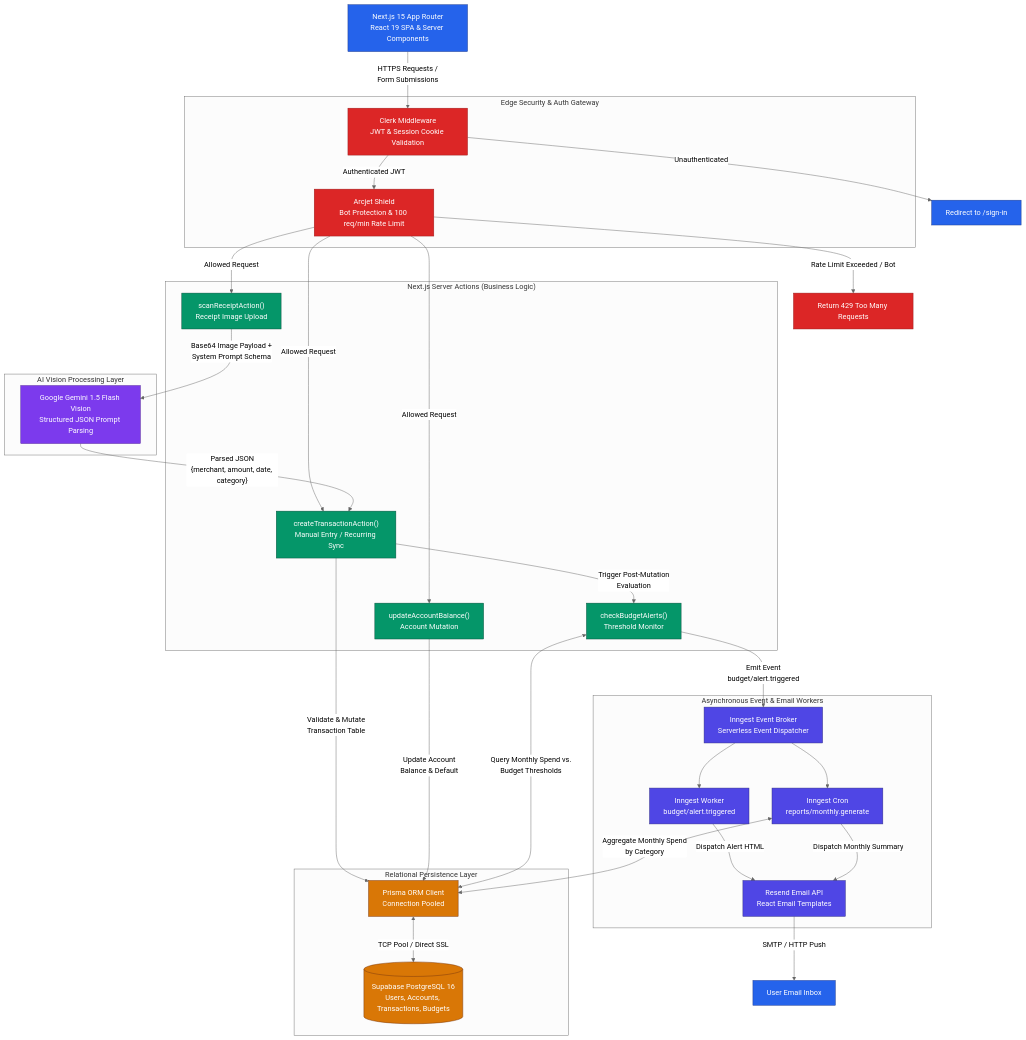
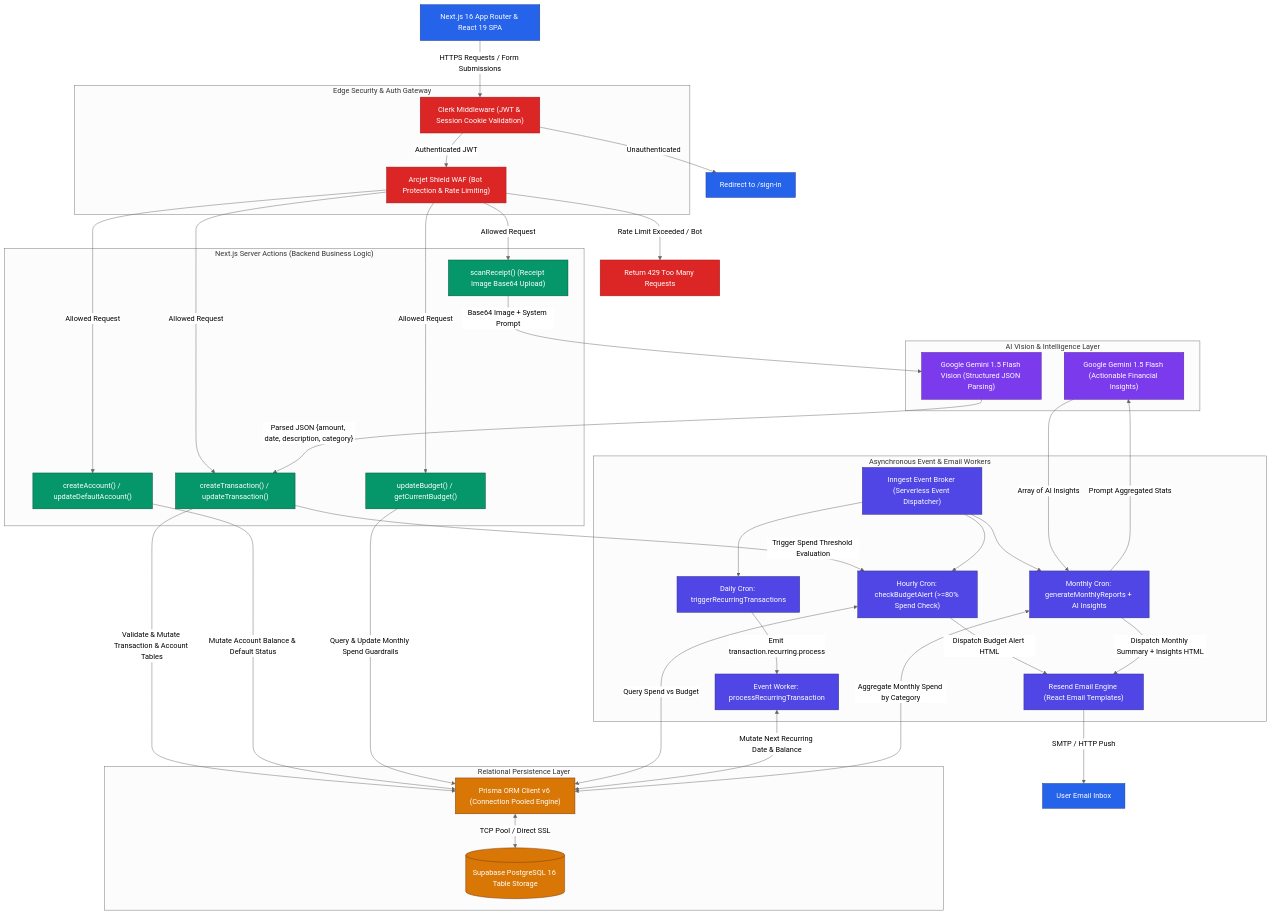
One commit to shreedharkb/FinOS changed the first of 2 diagrams in README.md. Above: the diagram before and after it, drawn with Mermaid (neutral theme). The commit also changed other lines of this file, not shown here.

Commit message:
docs: update documentation with live deployment link, improved feature descriptions, and refreshed architecture diagrams

````diff
--- a/README.md
+++ b/README.md
@@ -61,67 +70,76 @@
 ```mermaid
 flowchart TD
     classDef client fill:#2563eb,stroke:#1e3a8a,color:#fff
     classDef edge fill:#dc2626,stroke:#991b1b,color:#fff
     classDef action fill:#059669,stroke:#064e3b,color:#fff
     classDef ai fill:#7c3aed,stroke:#4c1d95,color:#fff
     classDef db fill:#d97706,stroke:#78350f,color:#fff
     classDef worker fill:#4f46e5,stroke:#312e81,color:#fff
 
-    React["Next.js 15 App Router<br>React 19 SPA & Server Components"]:::client
+    NextApp["Next.js 16 App Router & React 19 SPA"]:::client
 
-    subgraph EdgeGateway["Edge Security & Auth Gateway"]
-        ClerkAuth["Clerk Middleware<br>JWT & Session Cookie Validation"]:::edge
-        ArcjetWAF["Arcjet Shield<br>Bot Protection & 100 req/min Rate Limit"]:::edge
+    subgraph EdgeGateway ["Edge Security & Auth Gateway"]
+        ClerkAuth["Clerk Middleware (JWT & Session Cookie Validation)"]:::edge
+        ArcjetWAF["Arcjet Shield WAF (Bot Protection & Rate Limiting)"]:::edge
     end
 
-    React -->|"HTTPS Requests /<br>Form Submissions"| ClerkAuth
+    NextApp -->|"HTTPS Requests / Form Submissions"| ClerkAuth
     ClerkAuth -->|"Unauthenticated"| LoginRedirect["Redirect to /sign-in"]:::client
     ClerkAuth -->|"Authenticated JWT"| ArcjetWAF
     ArcjetWAF -->|"Rate Limit Exceeded / Bot"| Block429["Return 429 Too Many Requests"]:::edge
 
-    subgraph ServerActions["Next.js Server Actions (Business Logic)"]
-        ScanReceipt["scanReceiptAction()<br>Receipt Image Upload"]:::action
-        CreateTx["createTransactionAction()<br>Manual Entry / Recurring Sync"]:::action
-        UpdateAccount["updateAccountBalance()<br>Account Mutation"]:::action
-        EvaluateBudget["checkBudgetAlerts()<br>Threshold Monitor"]:::action
+    subgraph ServerActions ["Next.js Server Actions (Backend Business Logic)"]
+        ScanReceipt["scanReceipt() (Receipt Image Base64 Upload)"]:::action
+        CreateTx["createTransaction() / updateTransaction()"]:::action
+        AccountMutations["createAccount() / updateDefaultAccount()"]:::action
+        BudgetMutations["updateBudget() / getCurrentBudget()"]:::action
     end
 
     ArcjetWAF -->|"Allowed Request"| ScanReceipt
     ArcjetWAF -->|"Allowed Request"| CreateTx
-    ArcjetWAF -->|"Allowed Request"| UpdateAccount
+    ArcjetWAF -->|"Allowed Request"| AccountMutations
+    ArcjetWAF -->|"Allowed Request"| BudgetMutations
 
-    subgraph AIEngine["AI Vision Processing Layer"]
-        GeminiVision["Google Gemini 1.5 Flash Vision<br>Structured JSON Prompt Parsing"]:::ai
+    subgraph AIEngine ["AI Vision & Intelligence Layer"]
+        GeminiVision["Google Gemini 1.5 Flash Vision (Structured JSON Parsing)"]:::ai
+        GeminiInsights["Google Gemini 1.5 Flash (Actionable Financial Insights)"]:::ai
     end
 
-    ScanReceipt -->|"Base64 Image Payload +<br>System Prompt Schema"| GeminiVision
-    GeminiVision -->|"Parsed JSON<br>{merchant, amount, date, category}"| CreateTx
+    ScanReceipt -->|"Base64 Image + System Prompt"| GeminiVision
+    GeminiVision -->|"Parsed JSON {amount, date, description, category}"| CreateTx
 
-    subgraph DataPersistence["Relational Persistence Layer"]
-        PrismaClient["Prisma ORM Client<br>Connection Pooled"]:::db
-        SupabasePG[(Supabase PostgreSQL 16<br>Users, Accounts, Transactions, Budgets)]:::db
+    subgraph DataPersistence ["Relational Persistence Layer"]
+        PrismaClient["Prisma ORM Client v6 (Connection Pooled Engine)"]:::db
+        SupabasePG[(Supabase PostgreSQL 16 Table Storage)]:::db
     end
 
-    CreateTx -->|"Validate & Mutate<br>Transaction Table"| PrismaClient
-    UpdateAccount -->|"Update Account<br>Balance & Default"| PrismaClient
+    CreateTx -->|"Validate & Mutate Transaction & Account Tables"| PrismaClient
+    AccountMutations -->|"Mutate Account Balance & Default Status"| PrismaClient
+    BudgetMutations -->|"Query & Update Monthly Spend Guardrails"| PrismaClient
     PrismaClient <-->|"TCP Pool / Direct SSL"| SupabasePG
 
-    CreateTx -->|"Trigger Post-Mutation<br>Evaluation"| EvaluateBudget
-    EvaluateBudget <-->|"Query Monthly Spend vs.<br>Budget Thresholds"| PrismaClient
-
-    subgraph AsyncInfrastructure["Asynchronous Event & Email Workers"]
-        InngestBroker["Inngest Event Broker<br>Serverless Event Dispatcher"]:::worker
-        BudgetAlertJob["Inngest Worker<br>budget/alert.triggered"]:::worker
-        MonthlyReportCron["Inngest Cron<br>reports/monthly.generate"]:::worker
-        ResendEngine["Resend Email API<br>React Email Templates"]:::worker
+    subgraph AsyncInfrastructure ["Asynchronous Event & Email Workers"]
+        InngestBroker["Inngest Event Broker (Serverless Event Dispatcher)"]:::worker
+        BudgetAlertJob["Hourly Cron: checkBudgetAlert (>=80% Spend Check)"]:::worker
+        RecurringCron["Daily Cron: triggerRecurringTransactions"]:::worker
+        RecurringWorker["Event Worker: processRecurringTransaction"]:::worker
+        MonthlyReportCron["Monthly Cron: generateMonthlyReports + AI Insights"]:::worker
+        ResendEngine["Resend Email Engine (React Email Templates)"]:::worker
     end
 
-    EvaluateBudget -->|"Emit Event<br>budget/alert.triggered"| InngestBroker
+    CreateTx -->|"Trigger Spend Threshold Evaluation"| BudgetAlertJob
     InngestBroker --> BudgetAlertJob
+    InngestBroker --> RecurringCron
+    RecurringCron -->|"Emit transaction.recurring.process"| RecurringWorker
     InngestBroker --> MonthlyReportCron
-    MonthlyReportCron <-->|"Aggregate Monthly Spend<br>by Category"| PrismaClient
 
-    BudgetAlertJob -->|"Dispatch Alert HTML"| ResendEngine
-    MonthlyReportCron -->|"Dispatch Monthly Summary"| ResendEngine
+    BudgetAlertJob <-->|"Query Spend vs Budget"| PrismaClient
+    RecurringWorker <-->|"Mutate Next Recurring Date & Balance"| PrismaClient
+    MonthlyReportCron <-->|"Aggregate Monthly Spend by Category"| PrismaClient
+    MonthlyReportCron -->|"Prompt Aggregated Stats"| GeminiInsights
+    GeminiInsights -->|"Array of AI Insights"| MonthlyReportCron
+
+    BudgetAlertJob -->|"Dispatch Budget Alert HTML"| ResendEngine
+    MonthlyReportCron -->|"Dispatch Monthly Summary + Insights HTML"| ResendEngine
     ResendEngine -->|"SMTP / HTTP Push"| UserInbox["User Email Inbox"]:::client
 ```
````
